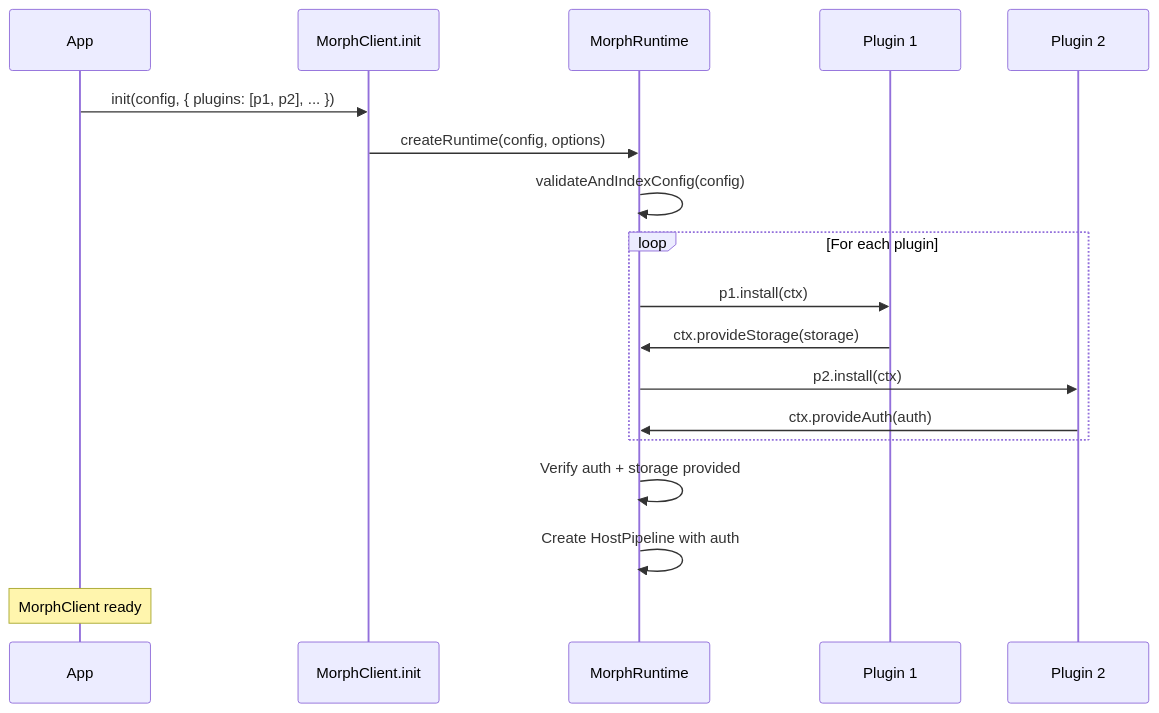
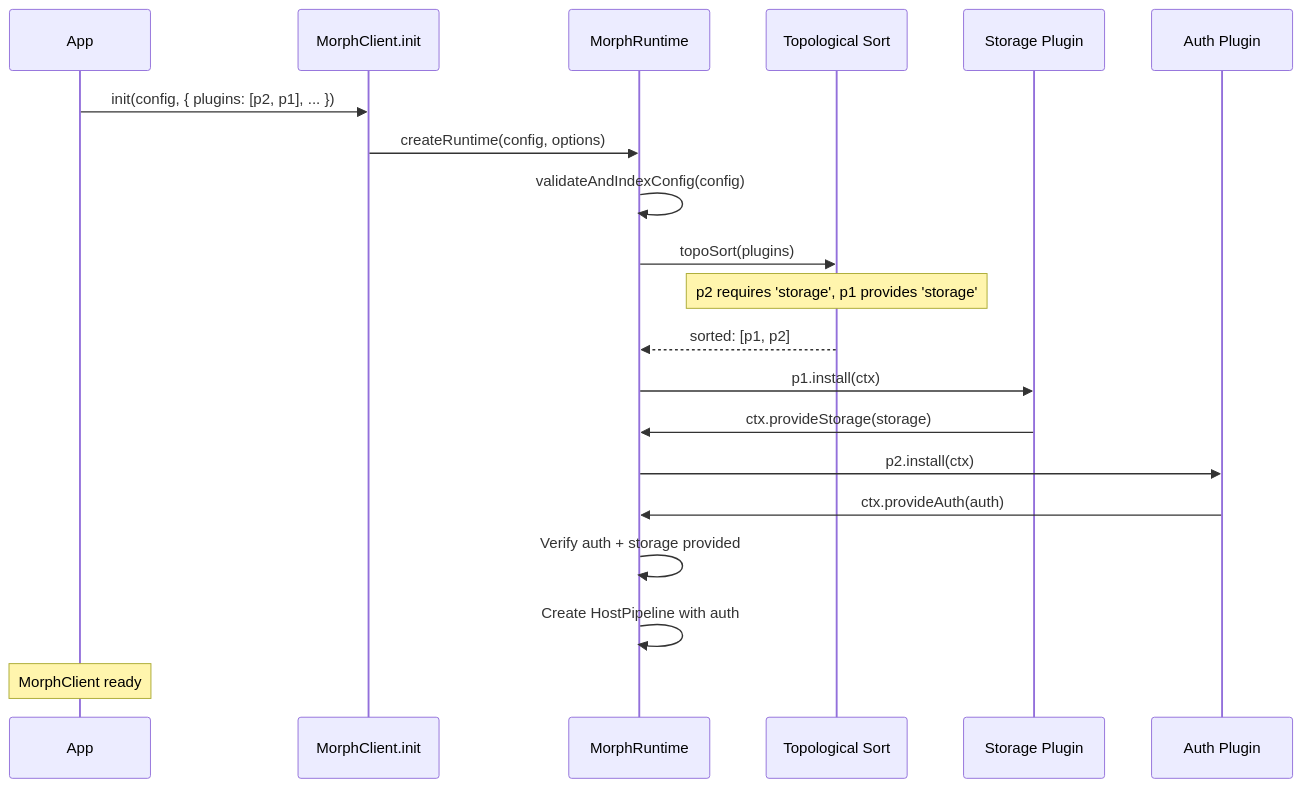
Before and after one commit to burgan-tech/morph-api-client: the diagram in docs/writing-plugins.md, drawn with Mermaid. The commit also changed other lines of this file and 17 other files, not shown here.

````diff
--- a/docs/writing-plugins.md
+++ b/docs/writing-plugins.md
@@ -55,21 +59,23 @@
 ```mermaid
 sequenceDiagram
     participant App
     participant Client as MorphClient.init
     participant Runtime as MorphRuntime
-    participant P1 as Plugin 1
-    participant P2 as Plugin 2
+    participant Sort as Topological Sort
+    participant P1 as Storage Plugin
+    participant P2 as Auth Plugin
 
-    App->>Client: init(config, { plugins: [p1, p2], ... })
+    App->>Client: init(config, { plugins: [p2, p1], ... })
     Client->>Runtime: createRuntime(config, options)
     Runtime->>Runtime: validateAndIndexConfig(config)
-    loop For each plugin
-        Runtime->>P1: p1.install(ctx)
-        P1->>Runtime: ctx.provideStorage(storage)
-        Runtime->>P2: p2.install(ctx)
-        P2->>Runtime: ctx.provideAuth(auth)
-    end
+    Runtime->>Sort: topoSort(plugins)
+    Note over Sort: p2 requires 'storage', p1 provides 'storage'
+    Sort-->>Runtime: sorted: [p1, p2]
+    Runtime->>P1: p1.install(ctx)
+    P1->>Runtime: ctx.provideStorage(storage)
+    Runtime->>P2: p2.install(ctx)
+    P2->>Runtime: ctx.provideAuth(auth)
     Runtime->>Runtime: Verify auth + storage provided
     Runtime->>Runtime: Create HostPipeline with auth
     Note over App: MorphClient ready
 ```
````
